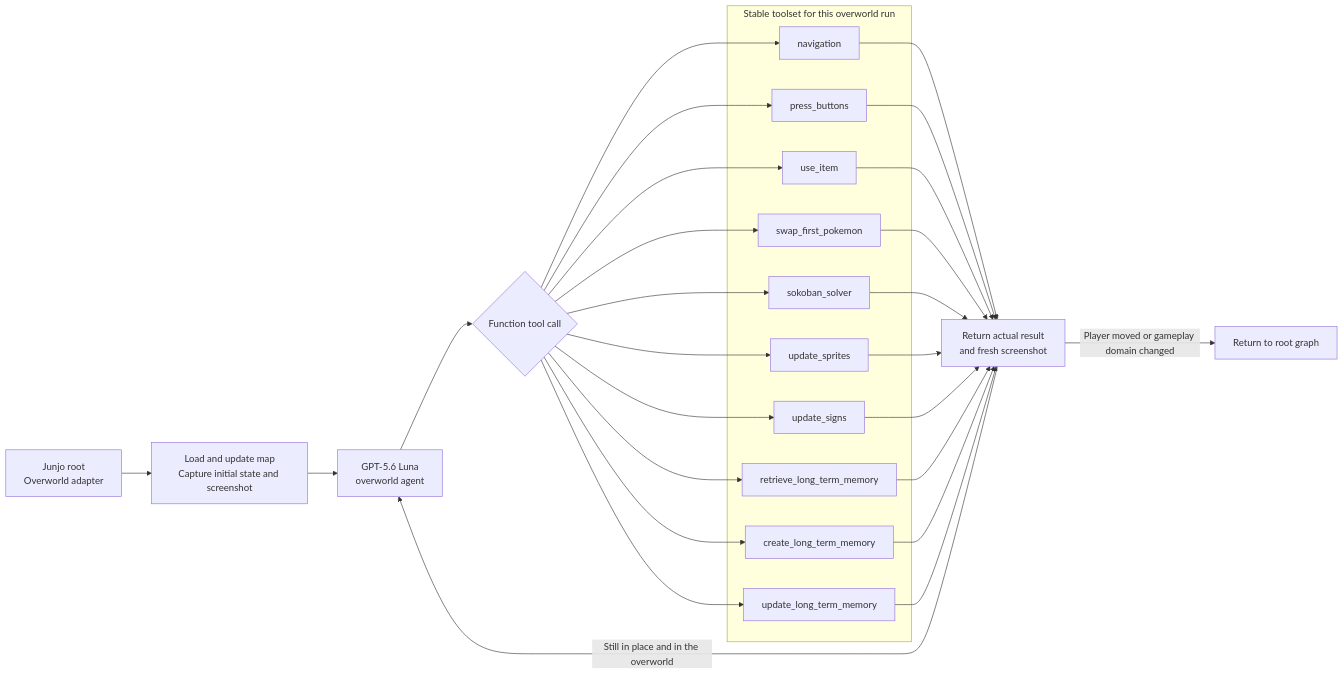
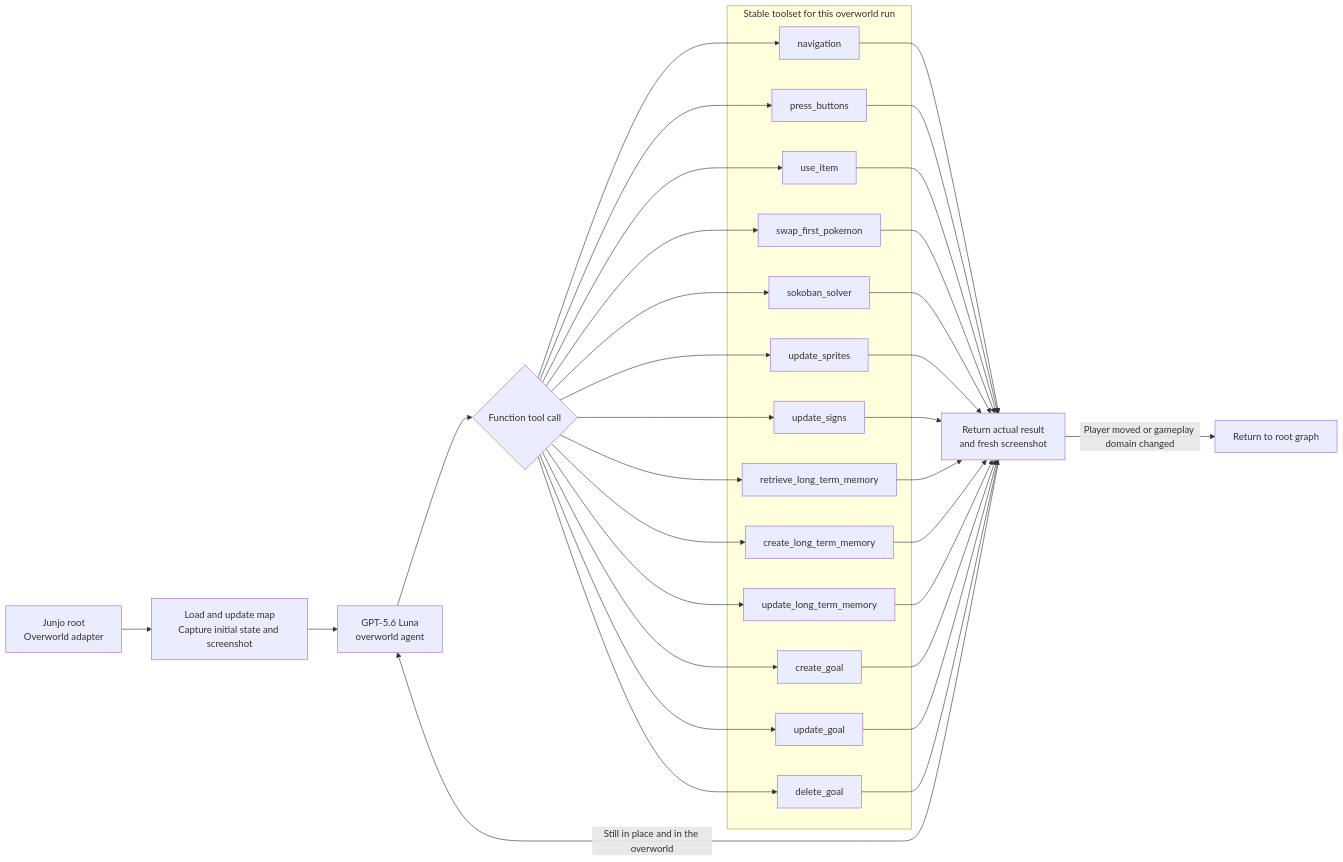
Before and after one commit to clambro/ai-plays-pokemon: the first of 3 diagrams in docs/workflow.md, drawn with Mermaid. The commit also changed other lines of this file and 22 other files, not shown here.

````diff
--- a/docs/workflow.md
+++ b/docs/workflow.md
@@ -36,44 +33,53 @@
 ```mermaid
 flowchart LR
     root["Junjo root<br/>Overworld adapter"] --> prepare["Load and update map<br/>Capture initial state and screenshot"]
     prepare --> agent["GPT-5.6 Luna<br/>overworld agent"]
     agent --> choice{"Function tool call"}
 
     subgraph toolset["Stable toolset for this overworld run"]
         navigate["navigation"]
         buttons["press_buttons"]
         item["use_item"]
         swap["swap_first_pokemon"]
         sokoban["sokoban_solver"]
         sprites["update_sprites"]
         signs["update_signs"]
         retrieve_memory["retrieve_long_term_memory"]
         create_memory["create_long_term_memory"]
         update_memory["update_long_term_memory"]
+        create_goal["create_goal"]
+        update_goal["update_goal"]
+        delete_goal["delete_goal"]
     end
 
     choice --> navigate
     choice --> buttons
     choice --> item
     choice --> swap
     choice --> sokoban
     choice --> sprites
     choice --> signs
     choice --> retrieve_memory
     choice --> create_memory
     choice --> update_memory
+    choice --> create_goal
+    choice --> update_goal
+    choice --> delete_goal
 
     navigate --> observe["Return actual result<br/>and fresh screenshot"]
     buttons --> observe
     item --> observe
     swap --> observe
     sokoban --> observe
     sprites --> observe
     signs --> observe
     retrieve_memory --> observe
     create_memory --> observe
     update_memory --> observe
+    create_goal --> observe
+    update_goal --> observe
+    delete_goal --> observe
 
     observe -->|"Still in place and in the overworld"| agent
     observe -->|"Player moved or gameplay domain changed"| finish["Return to root graph"]
 ```
````
